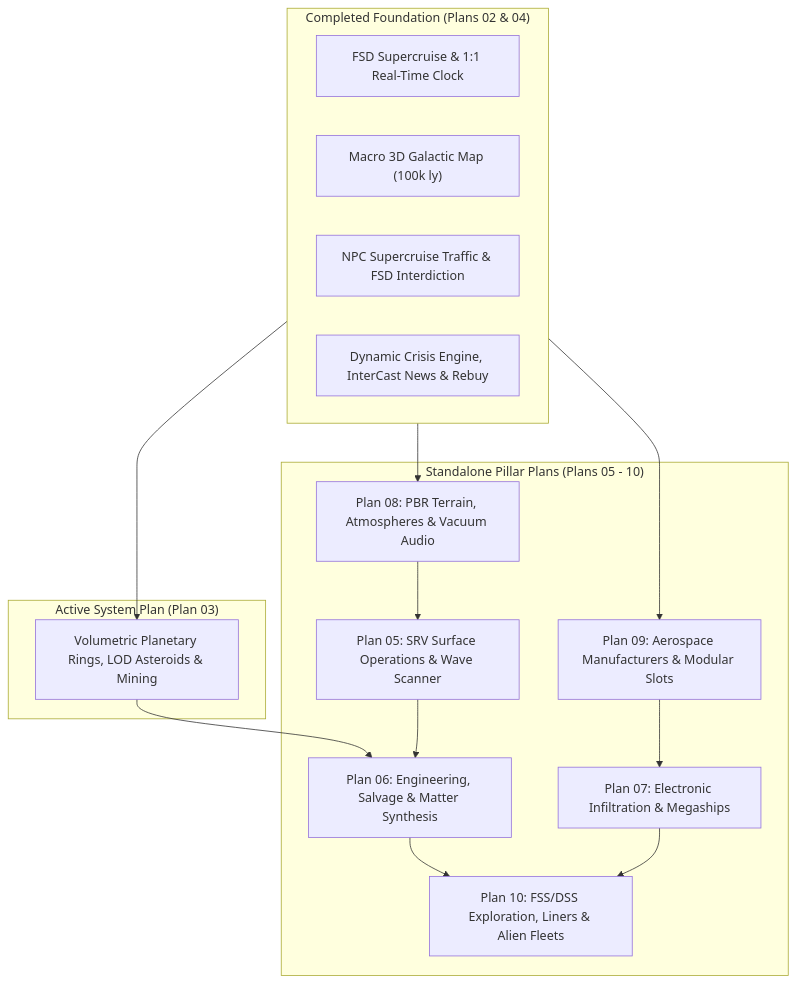
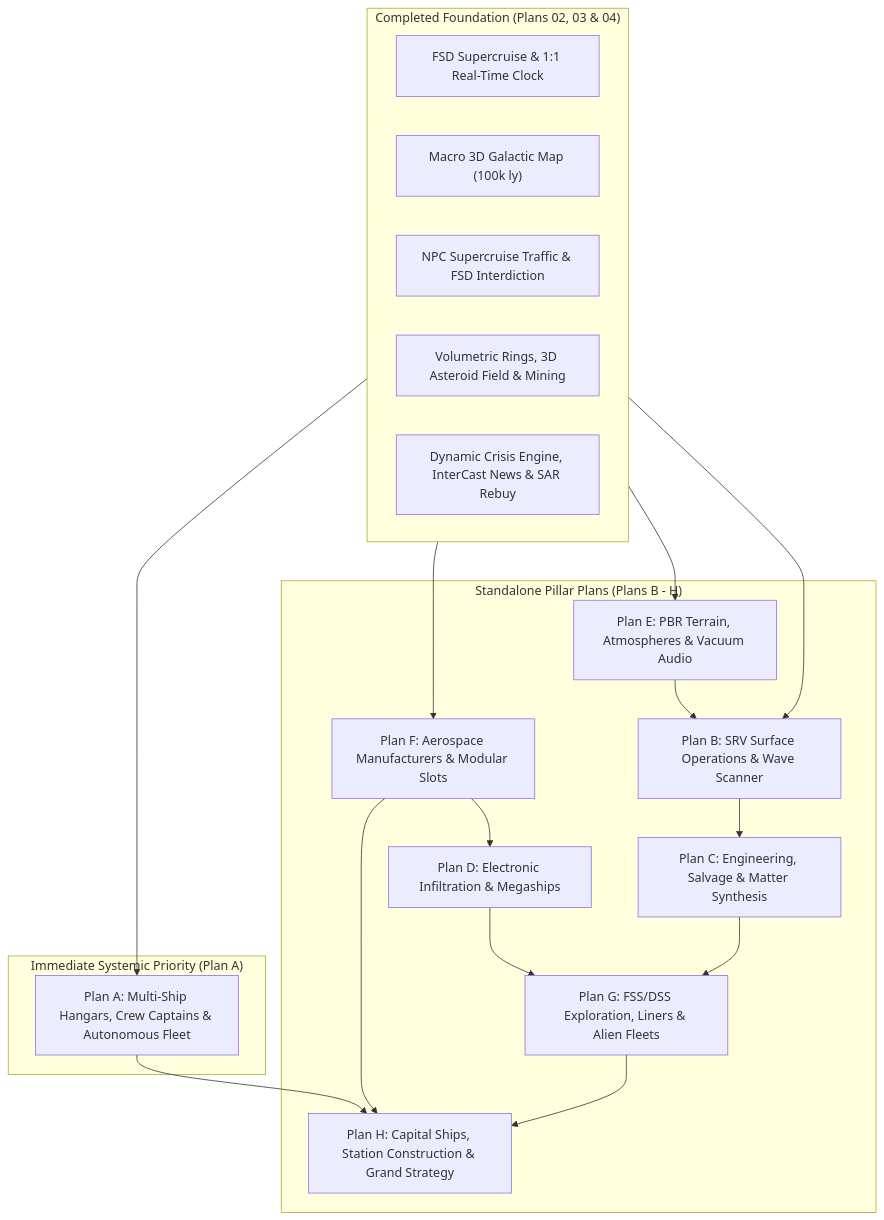
The diagram in plans/01_EXPANSE_LONG_TERM_ROADMAP.md (austeregrim/pioneer-expanse), drawn with Mermaid before and after one commit. The commit also changed other lines of this file and 12 other files, not shown here.

````diff
--- a/plans/01_EXPANSE_LONG_TERM_ROADMAP.md
+++ b/plans/01_EXPANSE_LONG_TERM_ROADMAP.md
@@ -18,32 +18,37 @@
 ```mermaid
 graph TD
-    subgraph Foundation["Completed Foundation (Plans 02 & 04)"]
+    subgraph Foundation["Completed Foundation (Plans 02, 03 & 04)"]
         F1["FSD Supercruise & 1:1 Real-Time Clock"]
         F2["Macro 3D Galactic Map (100k ly)"]
         F3["NPC Supercruise Traffic & FSD Interdiction"]
-        F4["Dynamic Crisis Engine, InterCast News & Rebuy"]
+        F4["Volumetric Rings, 3D Asteroid Field & Mining"]
+        F5["Dynamic Crisis Engine, InterCast News & SAR Rebuy"]
     end
 
-    subgraph Immediate["Active System Plan (Plan 03)"]
-        R1["Volumetric Planetary Rings, LOD Asteroids & Mining"]
+    subgraph NearTerm["Immediate Systemic Priority (Plan A)"]
+        PA["Plan A: Multi-Ship Hangars, Crew Captains & Autonomous Fleet"]
     end
 
-    subgraph Pillars["Standalone Pillar Plans (Plans 05 - 10)"]
-        P1["Plan 05: SRV Surface Operations & Wave Scanner"]
-        P2["Plan 06: Engineering, Salvage & Matter Synthesis"]
-        P3["Plan 07: Electronic Infiltration & Megaships"]
-        P4["Plan 08: PBR Terrain, Atmospheres & Vacuum Audio"]
-        P5["Plan 09: Aerospace Manufacturers & Modular Slots"]
-        P6["Plan 10: FSS/DSS Exploration, Liners & Alien Fleets"]
+    subgraph Pillars["Standalone Pillar Plans (Plans B - H)"]
+        PB["Plan B: SRV Surface Operations & Wave Scanner"]
+        PC["Plan C: Engineering, Salvage & Matter Synthesis"]
+        PD["Plan D: Electronic Infiltration & Megaships"]
+        PE["Plan E: PBR Terrain, Atmospheres & Vacuum Audio"]
+        PF["Plan F: Aerospace Manufacturers & Modular Slots"]
+        PG["Plan G: FSS/DSS Exploration, Liners & Alien Fleets"]
+        PH["Plan H: Capital Ships, Station Construction & Grand Strategy"]
     end
 
-    Foundation --> R1
-    Foundation --> P4
-    Foundation --> P5
-    R1 --> P2
-    P4 --> P1
-    P1 --> P2
-    P5 --> P3
-    P3 --> P6
-    P2 --> P6
+    Foundation --> PA
+    Foundation --> PE
+    Foundation --> PF
+    Foundation --> PB
+    PE --> PB
+    PB --> PC
+    PF --> PD
+    PD --> PG
+    PC --> PG
+    PA --> PH
+    PF --> PH
+    PG --> PH
 ```
````
